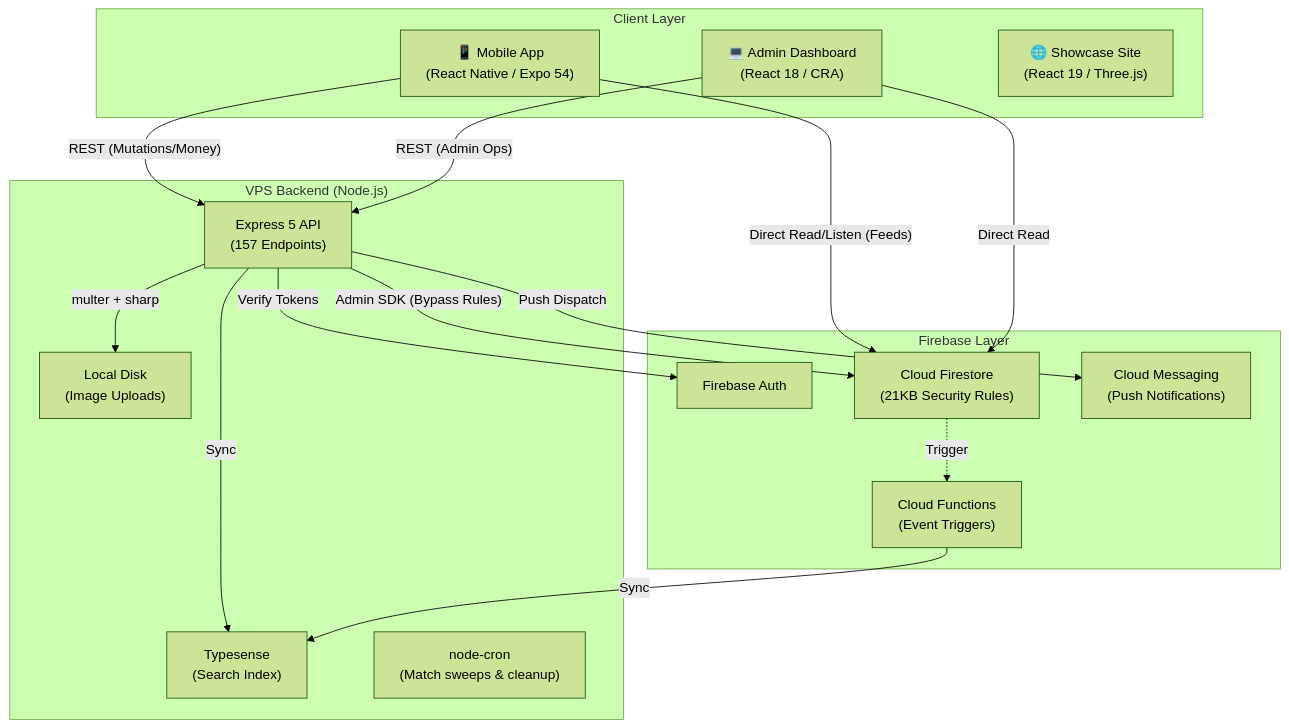
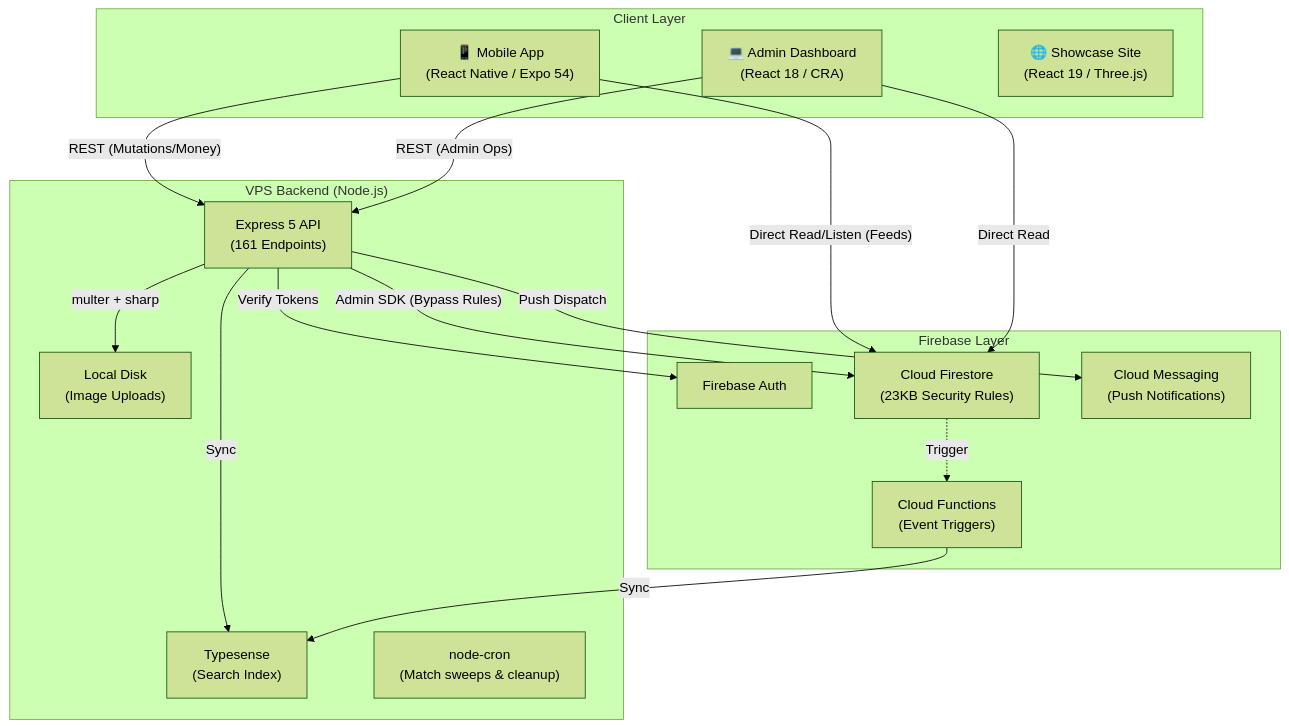
The diagram in README.md (manna1lix/khummasi), drawn with Mermaid (forest theme) before and after one commit. The commit also changed other lines of this file and 9 other files, not shown here.

````diff
--- a/README.md
+++ b/README.md
@@ -67,40 +80,40 @@
 ```mermaid
 flowchart TD
     %% Client Layer
     subgraph Clients["Client Layer"]
         M["📱 Mobile App<br>(React Native / Expo 54)"]
         A["💻 Admin Dashboard<br>(React 18 / CRA)"]
         S["🌐 Showcase Site<br>(React 19 / Three.js)"]
     end
 
     %% Firebase Layer
     subgraph Cloud["Firebase Layer"]
         FA["Firebase Auth"]
-        FS["Cloud Firestore<br>(21KB Security Rules)"]
+        FS["Cloud Firestore<br>(23KB Security Rules)"]
         FCM["Cloud Messaging<br>(Push Notifications)"]
         CF["Cloud Functions<br>(Event Triggers)"]
     end
 
     %% Backend Layer
     subgraph VPS["VPS Backend (Node.js)"]
-        API["Express 5 API<br>(157 Endpoints)"]
+        API["Express 5 API<br>(161 Endpoints)"]
         TS["Typesense<br>(Search Index)"]
         DISK["Local Disk<br>(Image Uploads)"]
         CRON["node-cron<br>(Match sweeps & cleanup)"]
     end
 
     %% Connections
     M -- "REST (Mutations/Money)" --> API
     M -- "Direct Read/Listen (Feeds)" --> FS
     A -- "REST (Admin Ops)" --> API
     A -- "Direct Read" --> FS
 
     API -- "Admin SDK (Bypass Rules)" --> FS
     API -- "Verify Tokens" --> FA
     API -- "Push Dispatch" --> FCM
     API -- "Sync" --> TS
     API -- "multer + sharp" --> DISK
 
     CF -- "Sync" --> TS
     FS -. "Trigger" .-> CF
 ```
````
